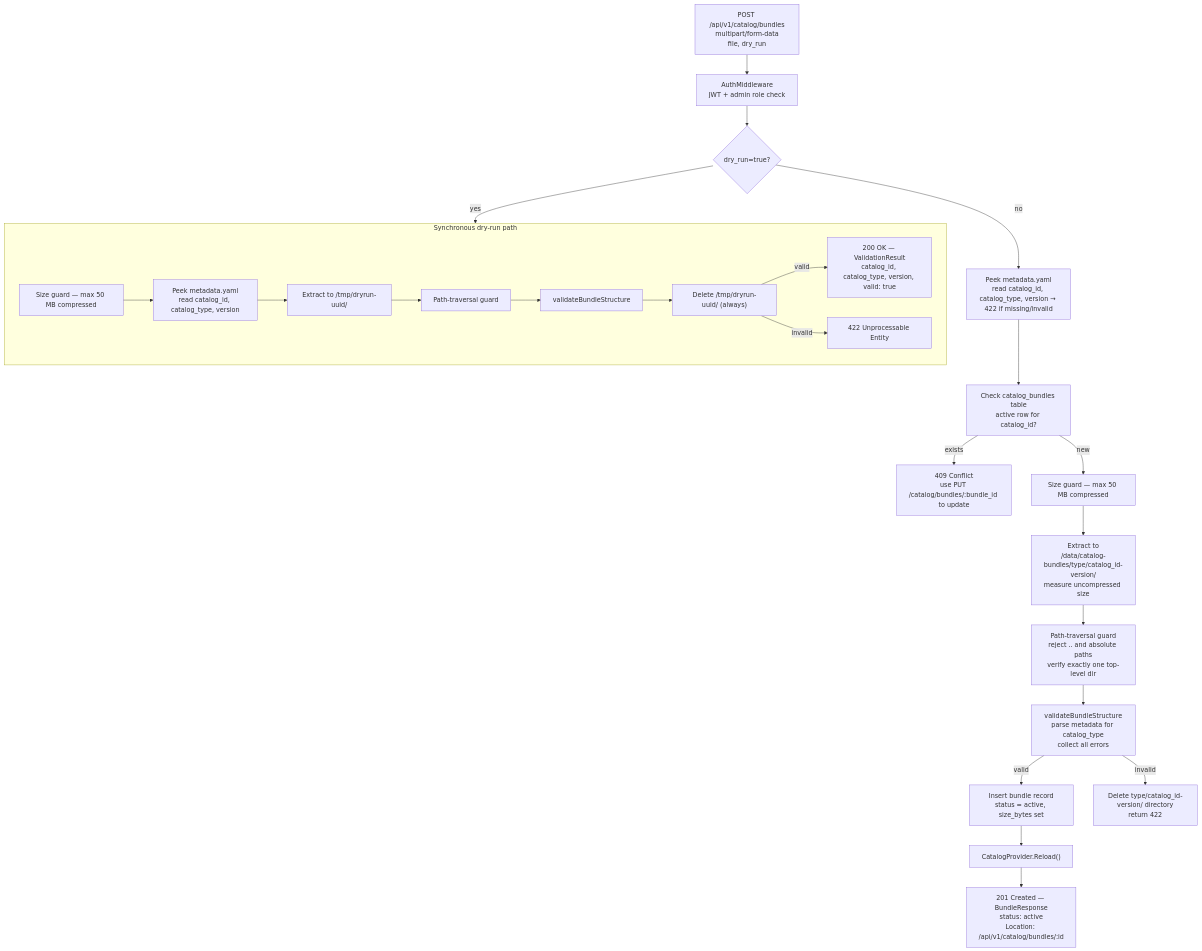
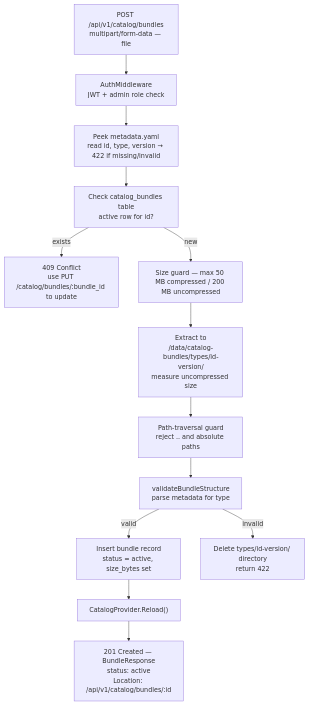
Before and after one commit to mayuka-c/project-ai-services: the second of 5 diagrams in ai-services/proposal.md, drawn with Mermaid. The commit also changed other lines of this file and 3 other files, not shown here.

````diff
--- a/ai-services/proposal.md
+++ b/ai-services/proposal.md
@@ -652,41 +531,23 @@
 ```mermaid
 flowchart TD
-    REQ["POST /api/v1/catalog/bundles<br/>multipart/form-data<br/>file, dry_run"]
+    REQ["POST /api/v1/catalog/bundles<br/>multipart/form-data — file"]
     AUTH["AuthMiddleware<br/>JWT + admin role check"]
-    DRYCHECK{"dry_run=true?"}
-
-    subgraph DRYPATH["Synchronous dry-run path"]
-        DR_SIZE["Size guard — max 50 MB compressed"]
-        DR_PEEK["Peek metadata.yaml<br/>read catalog_id, catalog_type, version"]
-        DR_EXTRACT["Extract to /tmp/dryrun-uuid/"]
-        DR_PATHGUARD["Path-traversal guard"]
-        DR_VALIDATE["validateBundleStructure"]
-        DR_CLEANUP["Delete /tmp/dryrun-uuid/ (always)"]
-        DR_OK["200 OK — ValidationResult<br/>catalog_id, catalog_type, version, valid: true"]
-        DR_FAIL["422 Unprocessable Entity"]
-        DR_SIZE --> DR_PEEK --> DR_EXTRACT --> DR_PATHGUARD --> DR_VALIDATE --> DR_CLEANUP
-        DR_CLEANUP -->|"valid"| DR_OK
-        DR_CLEANUP -->|"invalid"| DR_FAIL
-    end
-
-    PEEK["Peek metadata.yaml<br/>read catalog_id, catalog_type, version → 422 if missing/invalid"]
-    CONFLICT["Check catalog_bundles table<br/>active row for catalog_id?"]
+    PEEK["Peek metadata.yaml<br/>read id, type, version → 422 if missing/invalid"]
+    CONFLICT["Check catalog_bundles table<br/>active row for id?"]
     CONFLICT_RESP["409 Conflict<br/>use PUT /catalog/bundles/:bundle_id to update"]
-    SIZE["Size guard — max 50 MB compressed"]
-    EXTRACT["Extract to<br/>/data/catalog-bundles/type/catalog_id-version/<br/>measure uncompressed size"]
-    PATHGUARD["Path-traversal guard<br/>reject .. and absolute paths<br/>verify exactly one top-level dir"]
-    VALIDATE["validateBundleStructure<br/>parse metadata for catalog_type<br/>collect all errors"]
+    SIZE["Size guard — max 50 MB compressed / 200 MB uncompressed"]
+    EXTRACT["Extract to<br/>/data/catalog-bundles/types/id-version/<br/>measure uncompressed size"]
+    PATHGUARD["Path-traversal guard<br/>reject .. and absolute paths"]
+    VALIDATE["validateBundleStructure<br/>parse metadata for type"]
     DBINSERT["Insert bundle record<br/>status = active, size_bytes set"]
     RELOAD["CatalogProvider.Reload()"]
     RESP["201 Created — BundleResponse<br/>status: active<br/>Location: /api/v1/catalog/bundles/:id"]
-    FAIL["Delete type/catalog_id-version/ directory<br/>return 422"]
+    FAIL["Delete types/id-version/ directory<br/>return 422"]
 
-    REQ --> AUTH --> DRYCHECK
-    DRYCHECK -->|"yes"| DRYPATH
-    DRYCHECK -->|"no"| PEEK
+    REQ --> AUTH --> PEEK
     PEEK --> CONFLICT
     CONFLICT -->|"exists"| CONFLICT_RESP
     CONFLICT -->|"new"| SIZE --> EXTRACT --> PATHGUARD --> VALIDATE
     VALIDATE -->|"valid"| DBINSERT --> RELOAD --> RESP
     VALIDATE -->|"invalid"| FAIL
 ```
````
